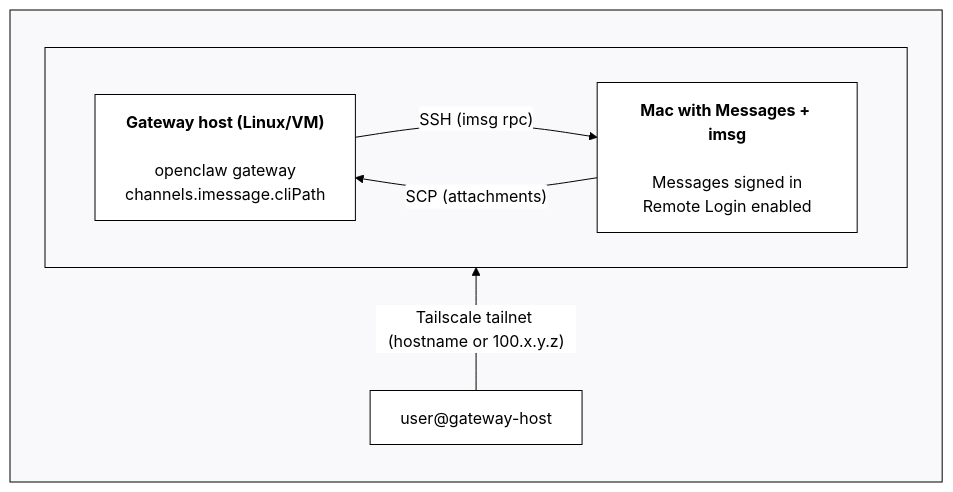
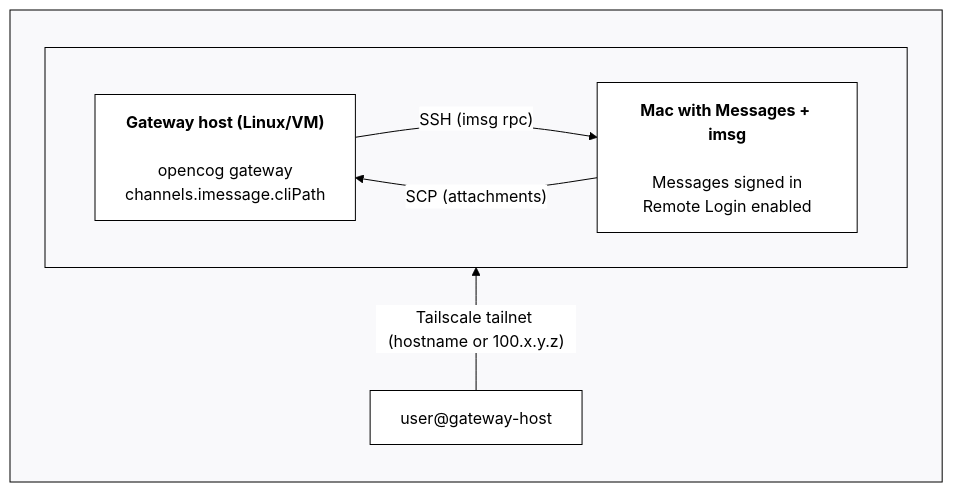
Before and after one commit to cogpy/clawcog: the diagram in docs/channels/imessage.md, drawn with Mermaid. The commit also changed other lines of this file and 3056 other files, not shown here.

````diff
--- a/docs/channels/imessage.md
+++ b/docs/channels/imessage.md
@@ -175,30 +175,30 @@
 ```mermaid
 %%{init: {
   'theme': 'base',
   'themeVariables': {
     'primaryColor': '#ffffff',
     'primaryTextColor': '#000000',
     'primaryBorderColor': '#000000',
     'lineColor': '#000000',
     'secondaryColor': '#f9f9fb',
     'tertiaryColor': '#ffffff',
     'clusterBkg': '#f9f9fb',
     'clusterBorder': '#000000',
     'nodeBorder': '#000000',
     'mainBkg': '#ffffff',
     'edgeLabelBackground': '#ffffff'
   }
 }}%%
 flowchart TB
  subgraph T[" "]
  subgraph Tailscale[" "]
     direction LR
-      Gateway["<b>Gateway host (Linux/VM)<br></b><br>openclaw gateway<br>channels.imessage.cliPath"]
+      Gateway["<b>Gateway host (Linux/VM)<br></b><br>opencog gateway<br>channels.imessage.cliPath"]
       Mac["<b>Mac with Messages + imsg<br></b><br>Messages signed in<br>Remote Login enabled"]
   end
     Gateway -- SSH (imsg rpc) --> Mac
     Mac -- SCP (attachments) --> Gateway
     direction BT
     User["user@gateway-host"] -- "Tailscale tailnet (hostname or 100.x.y.z)" --> Gateway
 end
 ```
````
